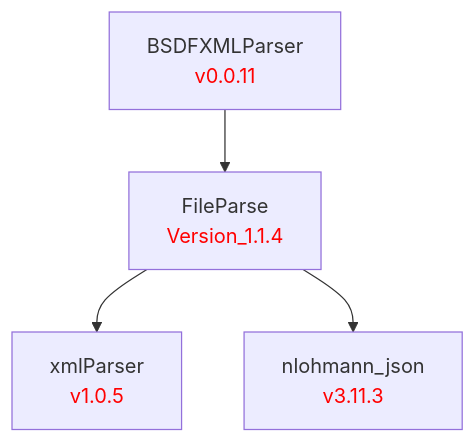
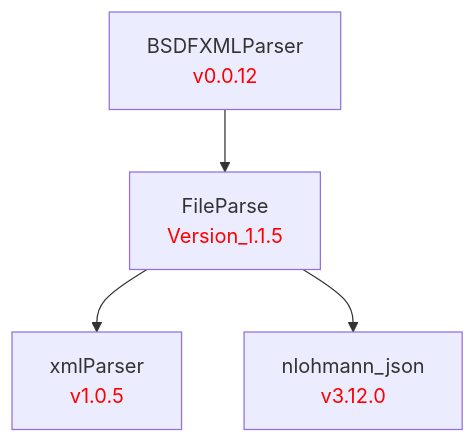
One commit to LBNL-ETA/BSDFXMLParser changed the diagram in doc/BSDFXMLParser.md. Above: the diagram before and after it, drawn with Mermaid. The commit also changed 3 other files, not shown here.

Commit message:
Bump to Version_0.0.12; FileParse Version_1.1.5, googletest 1.17.0; refresh dep chart

````diff
--- a/doc/BSDFXMLParser.md
+++ b/doc/BSDFXMLParser.md
@@ -1,13 +1,13 @@
 ```mermaid
 graph TD
     %% Package definitions
     xmlParser[xmlParser<br/><font color='red'>v1.0.5</font>]
-    nlohmann_json[nlohmann_json<br/><font color='red'>v3.11.3</font>]
-    FileParse[FileParse<br/><font color='red'>Version_1.1.4</font>]
-    BSDFXMLParser[BSDFXMLParser<br/><font color='red'>v0.0.11</font>]
+    nlohmann_json[nlohmann_json<br/><font color='red'>v3.12.0</font>]
+    FileParse[FileParse<br/><font color='red'>Version_1.1.5</font>]
+    BSDFXMLParser[BSDFXMLParser<br/><font color='red'>v0.0.12</font>]
 
     %% Package relations
     BSDFXMLParser --> FileParse
     FileParse --> xmlParser
     FileParse --> nlohmann_json
 ```
````
